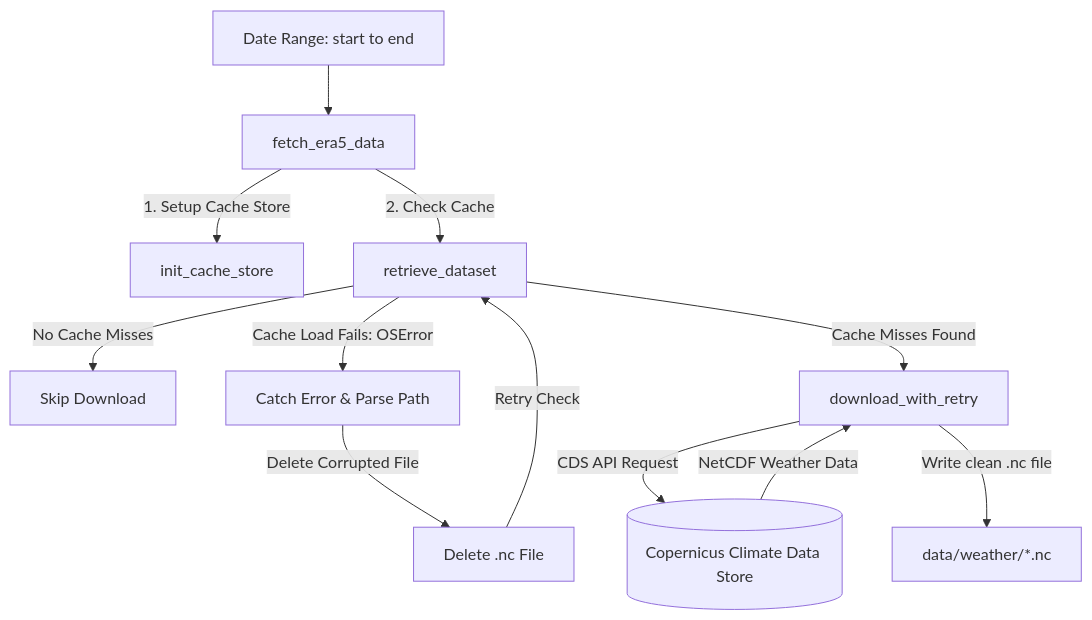
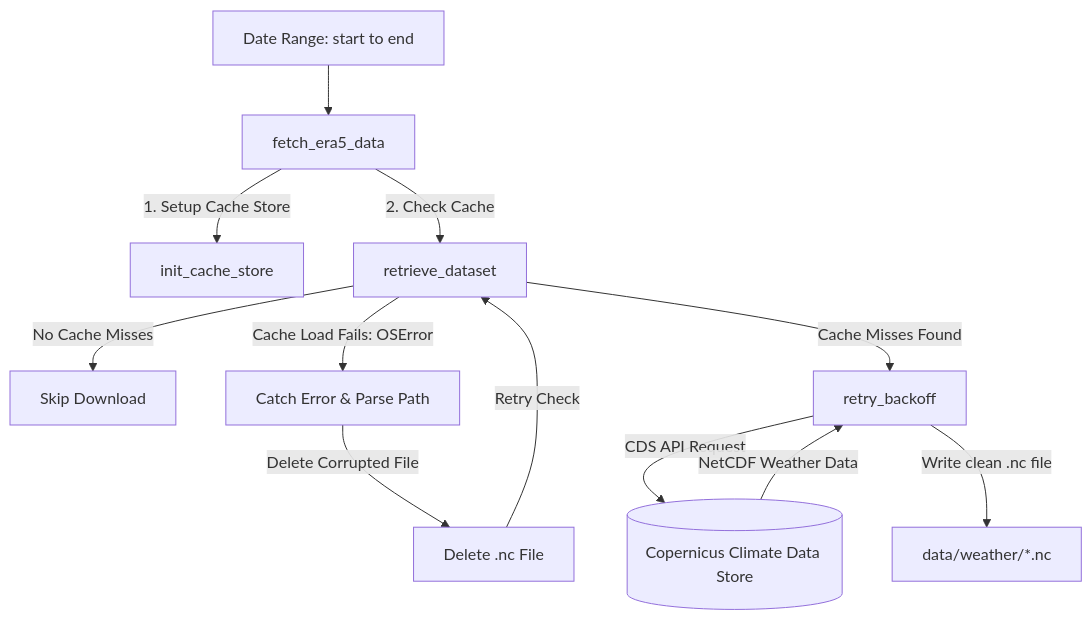
Before and after one commit to Bauzement123/flight-physics-pipeline: the diagram in src/core/weather/README.md, drawn with Mermaid. The commit also changed other lines of this file and 16 other files, not shown here.

````diff
--- a/src/core/weather/README.md
+++ b/src/core/weather/README.md
@@ -53,14 +54,14 @@
 ```mermaid
 graph TD
     A[Date Range: start to end] --> B[fetch_era5_data]
     B -->|1. Setup Cache Store| C[init_cache_store]
     B -->|2. Check Cache| D[retrieve_dataset]
     D -->|No Cache Misses| E[Skip Download]
     D -->|Cache Load Fails: OSError| F[Catch Error & Parse Path]
     F -->|Delete Corrupted File| G[Delete .nc File]
     G -->|Retry Check| D
-    D -->|Cache Misses Found| H[download_with_retry]
+    D -->|Cache Misses Found| H[retry_backoff]
     H -->|CDS API Request| I[(Copernicus Climate Data Store)]
     I -->|NetCDF Weather Data| H
     H -->|Write clean .nc file| J[data/weather/*.nc]
 ```
````
